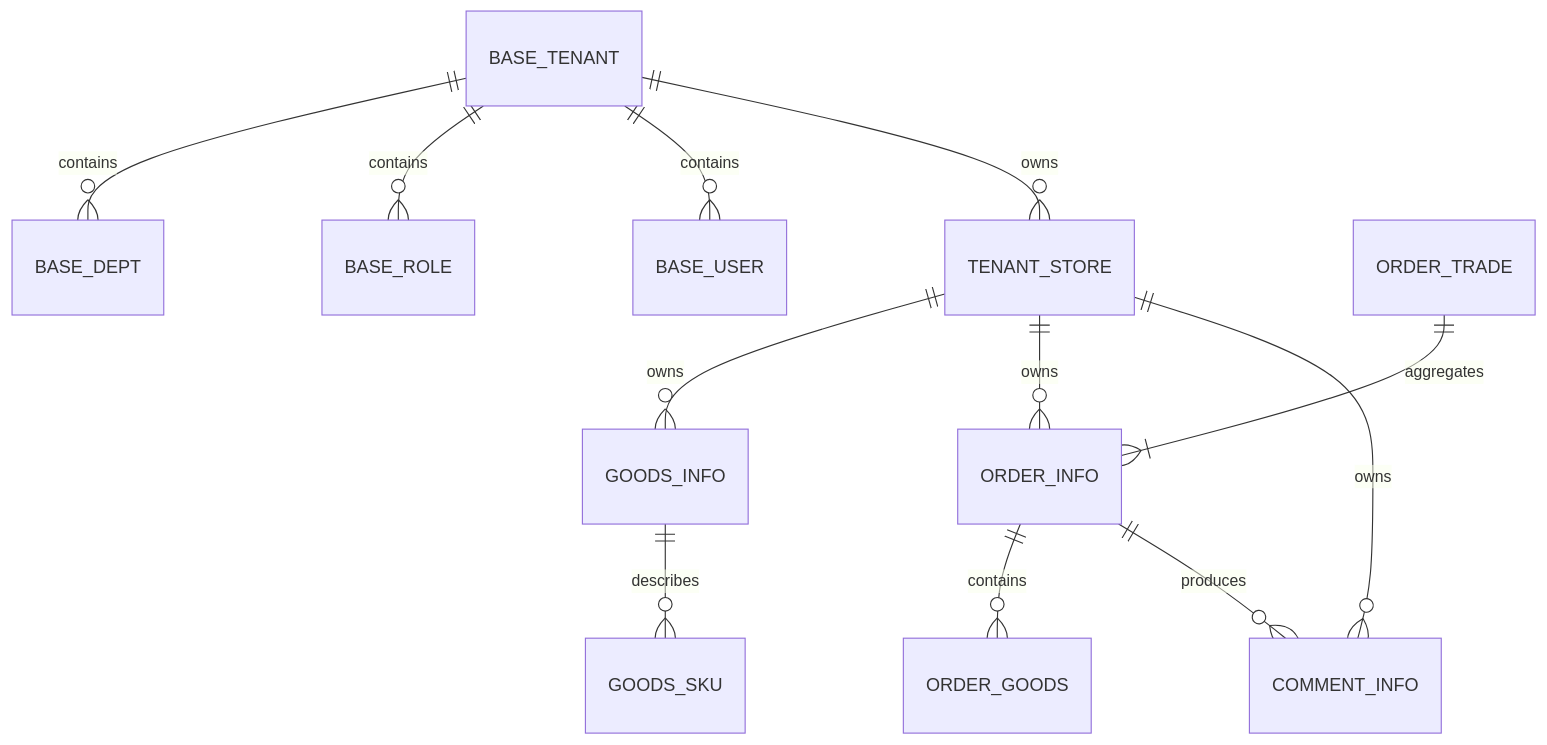
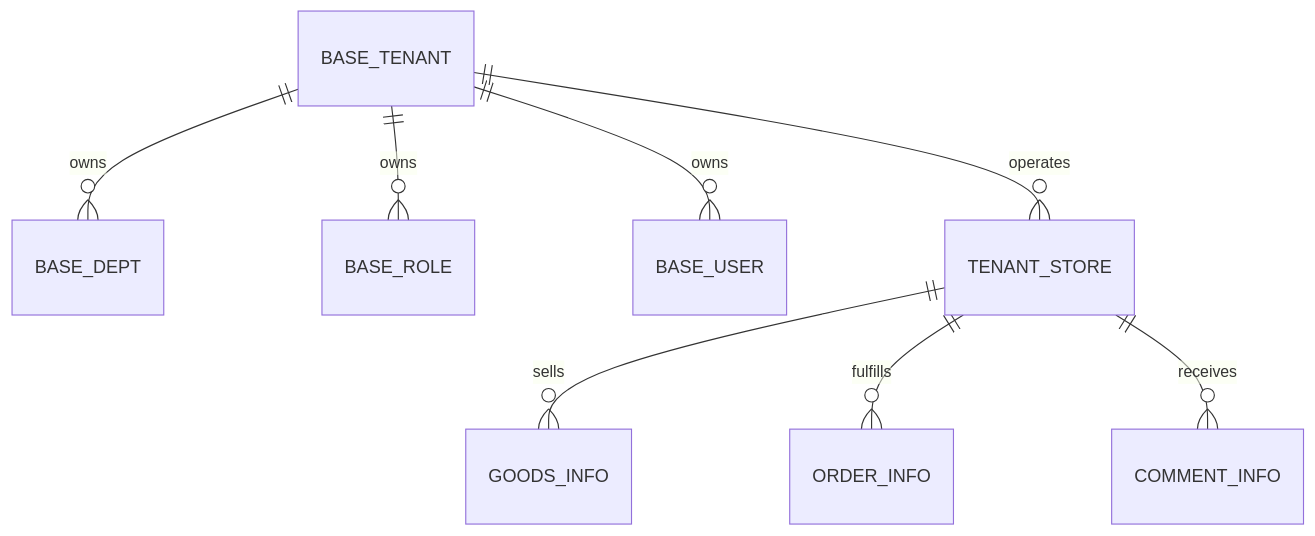
One commit to liujitcn/shop changed the first of 2 diagrams in docs/租户与门店体系设计.md. Above: the diagram before and after it, drawn with Mermaid. The commit also changed other lines of this file and 1765 other files, not shown here.

````diff
--- a/docs/租户与门店体系设计.md
+++ b/docs/租户与门店体系设计.md
@@ -77,14 +9,10 @@
 ```mermaid
 erDiagram
-  BASE_TENANT ||--o{ BASE_DEPT : contains
-  BASE_TENANT ||--o{ BASE_ROLE : contains
-  BASE_TENANT ||--o{ BASE_USER : contains
-  BASE_TENANT ||--o{ TENANT_STORE : owns
-  TENANT_STORE ||--o{ GOODS_INFO : owns
-  ORDER_TRADE ||--|{ ORDER_INFO : aggregates
-  TENANT_STORE ||--o{ ORDER_INFO : owns
-  TENANT_STORE ||--o{ COMMENT_INFO : owns
-  GOODS_INFO ||--o{ GOODS_SKU : describes
-  ORDER_INFO ||--o{ ORDER_GOODS : contains
-  ORDER_INFO ||--o{ COMMENT_INFO : produces
+  BASE_TENANT ||--o{ BASE_DEPT : owns
+  BASE_TENANT ||--o{ BASE_ROLE : owns
+  BASE_TENANT ||--o{ BASE_USER : owns
+  BASE_TENANT ||--o{ TENANT_STORE : operates
+  TENANT_STORE ||--o{ GOODS_INFO : sells
+  TENANT_STORE ||--o{ ORDER_INFO : fulfills
+  TENANT_STORE ||--o{ COMMENT_INFO : receives
 ```
````
